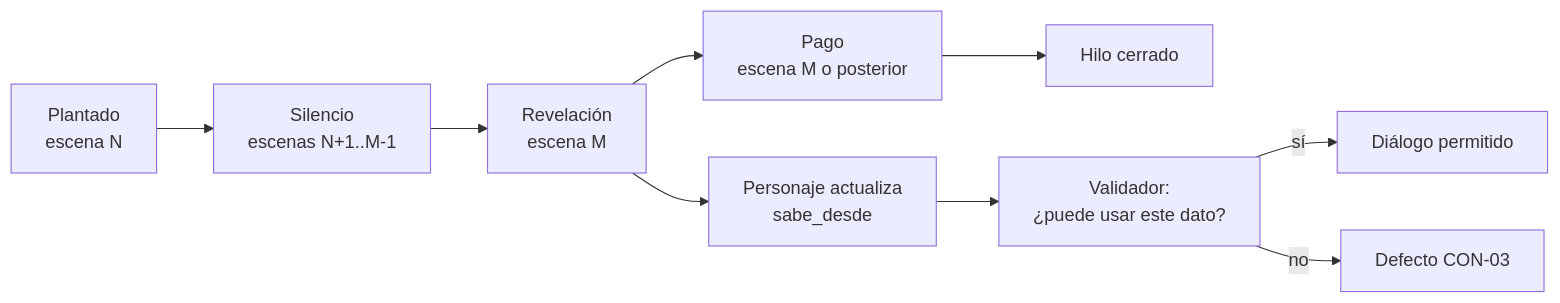
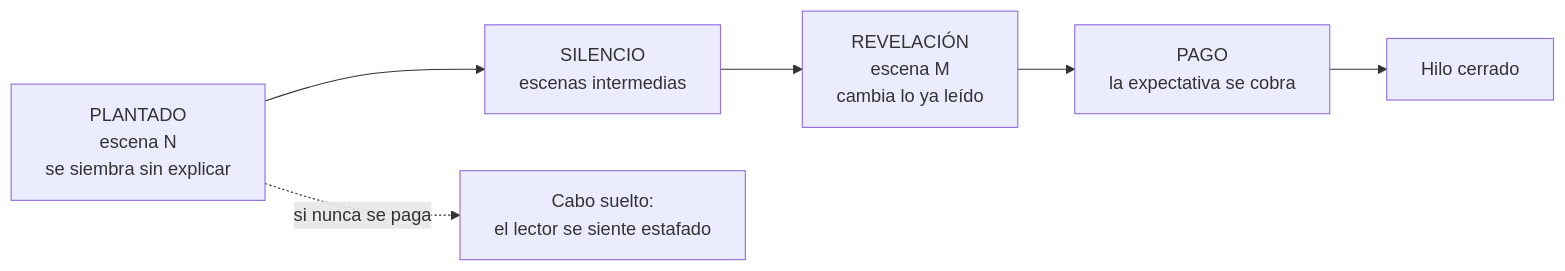
Before and after one commit to maujimenez4/ciberpunk-storymaker: the third of 5 diagrams in docs/domain-knowledge.md, drawn with Mermaid. The commit also changed other lines of this file and 2 other files, not shown here.

````diff
--- a/docs/domain-knowledge.md
+++ b/docs/domain-knowledge.md
@@ -310,12 +209,8 @@
 ```mermaid
 flowchart LR
-  P["Plantado<br/>escena N"] --> S["Silencio<br/>escenas N+1..M-1"]
-  S --> R["Revelación<br/>escena M"]
-  R --> G["Pago<br/>escena M o posterior"]
+  P["PLANTADO<br/>escena N<br/>se siembra sin explicar"] --> S["SILENCIO<br/>escenas intermedias"]
+  S --> R["REVELACIÓN<br/>escena M<br/>cambia lo ya leído"]
+  R --> G["PAGO<br/>la expectativa se cobra"]
   G --> C["Hilo cerrado"]
-
-  R --> K["Personaje actualiza<br/>sabe_desde"]
-  K --> V["Validador:<br/>¿puede usar este dato?"]
-  V -->|sí| OK["Diálogo permitido"]
-  V -->|no| ERR["Defecto CON-03"]
+  P -.si nunca se paga.-> X["Cabo suelto:<br/>el lector se siente estafado"]
 ```
````
